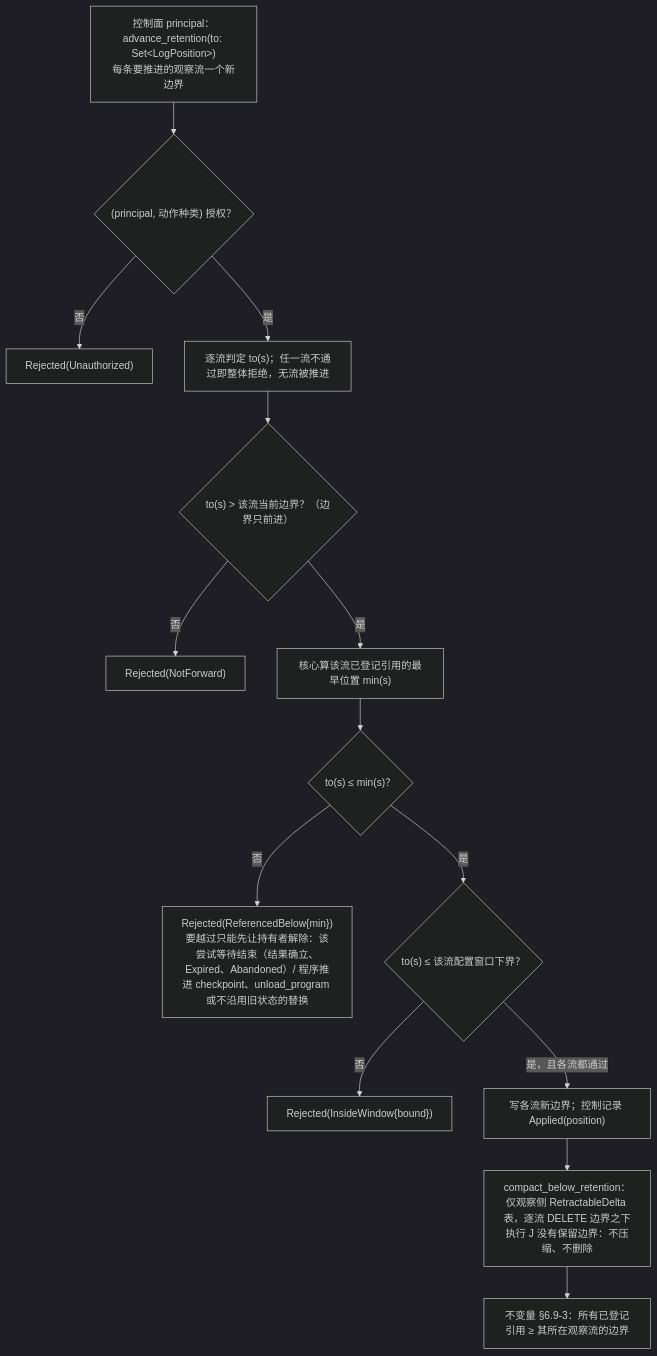
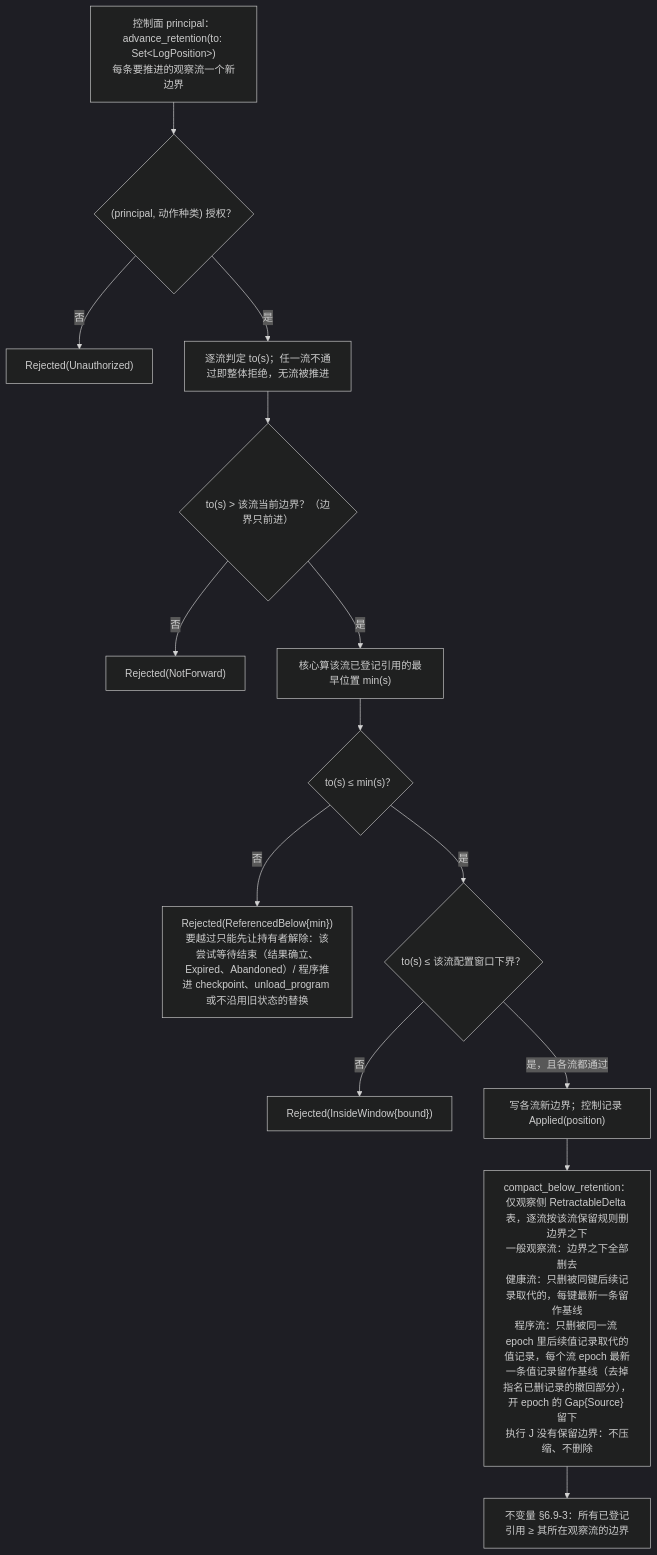
Before and after one commit to mouriya-s-lab/uta: the second of 3 diagrams in design/diagrams/08-retention-and-references.md, drawn with Mermaid (dark theme). The commit also changed other lines of this file and 13 other files, not shown here.

````diff
--- a/design/diagrams/08-retention-and-references.md
+++ b/design/diagrams/08-retention-and-references.md
@@ -47,16 +47,16 @@
 ```mermaid
 flowchart TB
   OP["控制面 principal：advance_retention(to: Set&lt;LogPosition&gt;)<br/>每条要推进的观察流一个新边界"] --> AUTH{"(principal, 动作种类) 授权？"}
   AUTH -->|"否"| U["Rejected(Unauthorized)"]
   AUTH -->|"是"| EACH["逐流判定 to(s)；任一流不通过即整体拒绝，无流被推进"]
   EACH --> MONO{"to(s) > 该流当前边界？（边界只前进）"}
   MONO -->|"否"| RJ0["Rejected(NotForward)"]
   MONO -->|"是"| MIN["核心算该流已登记引用的最早位置 min(s)"]
   MIN --> CMP{"to(s) ≤ min(s)？"}
   CMP -->|"否"| RJ["Rejected(ReferencedBelow{min})<br/>要越过只能先让持有者解除：该尝试等待结束（结果确立、Expired、Abandoned）/ 程序推进 checkpoint、unload_program 或不沿用旧状态的替换"]
   CMP -->|"是"| WIN{"to(s) ≤ 该流配置窗口下界？"}
   WIN -->|"否"| RJ2["Rejected(InsideWindow{bound})"]
   WIN -->|"是，且各流都通过"| APPLY["写各流新边界；控制记录 Applied(position)"]
-  APPLY --> COMPACT["compact_below_retention：仅观察侧 RetractableDelta 表，逐流 DELETE 边界之下<br/>执行 J 没有保留边界：不压缩、不删除"]
+  APPLY --> COMPACT["compact_below_retention：仅观察侧 RetractableDelta 表，逐流按该流保留规则删边界之下<br/>一般观察流：边界之下全部删去<br/>健康流：只删被同键后续记录取代的，每键最新一条留作基线<br/>程序流：只删被同一流 epoch 里后续值记录取代的值记录，每个流 epoch 最新一条值记录留作基线（去掉指名已删记录的撤回部分），开 epoch 的 Gap{Source} 留下<br/>执行 J 没有保留边界：不压缩、不删除"]
   COMPACT --> INV["不变量 §6.9-3：所有已登记引用 ≥ 其所在观察流的边界"]
 ```
````
